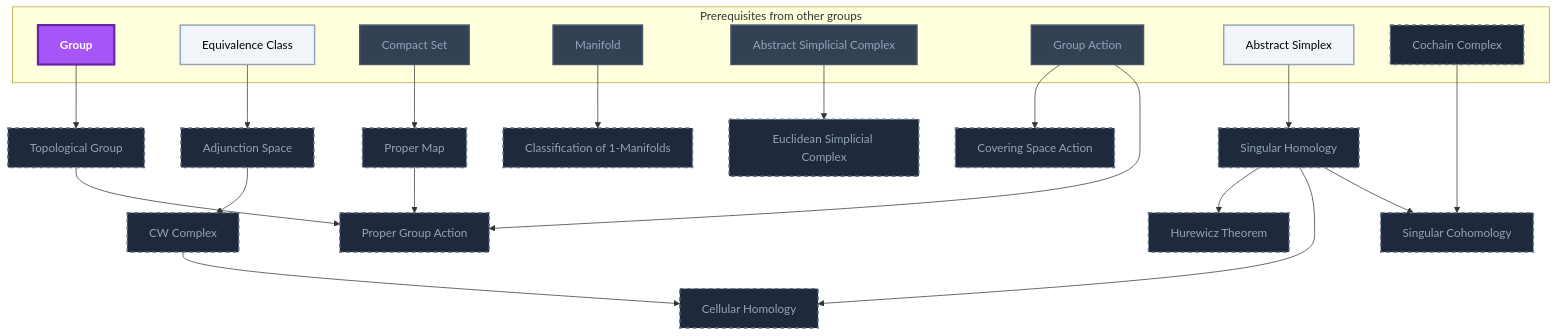
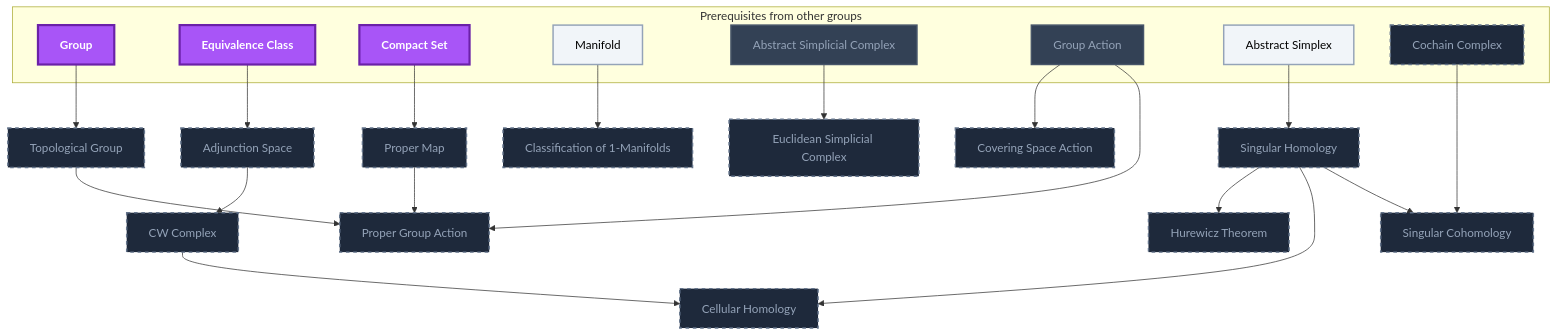
Before and after one commit to MRauf1/My-Notes: diagram 19 of 21 in Gamification/Skill Trees/Differential Geometry.md, drawn with Mermaid. The commit also changed other lines of this file and 145 other files, not shown here.

````diff
--- a/Gamification/Skill Trees/Differential Geometry.md
+++ b/Gamification/Skill Trees/Differential Geometry.md
@@ -1242,55 +1260,55 @@
 ```mermaid
 flowchart TD
     classDef planned fill:#1E293B,stroke:#64748B,stroke-width:2px,stroke-dasharray:5 5,color:#94A3B8;
     classDef locked fill:#334155,stroke:#475569,stroke-width:2px,color:#94A3B8;
     classDef L0 fill:#F1F5F9,stroke:#94A3B8,stroke-width:2px,color:#000000;
     classDef L1 fill:#22C55E,stroke:#15803D,stroke-width:2px,color:#000000;
     classDef L2 fill:#3B82F6,stroke:#1D4ED8,stroke-width:3px,color:#FFFFFF;
     classDef L3 fill:#A855F7,stroke:#6B21A8,stroke-width:3px,color:#FFFFFF,font-weight:bold;
     classDef L4 fill:#F97316,stroke:#C2410C,stroke-width:4px,color:#000000,font-weight:bold;
     classDef L5 fill:#FFD700,stroke:#FF8C00,stroke-width:5px,color:#000000,font-weight:bold;
     classDef rusty stroke:#8B4513,stroke-width:4px,stroke-dasharray:3 3;
     subgraph sg_prereqs["Prerequisites from other groups"]
         n_group["Group"]
         n_equivalence_class["Equivalence Class"]
         n_compact_set["Compact Set"]
         n_manifold["Manifold"]
         n_abstract_simplicial_complex["Abstract Simplicial Complex"]
         n_group_action["Group Action"]
         n_abstract_simplex["Abstract Simplex"]
         n_cochain_complex["Cochain Complex"]
     end
     n_adjunction_space["Adjunction Space"]
     n_topological_group["Topological Group"]
     n_proper_map["Proper Map"]
     n_cw_complex["CW Complex"]
     n_classification_of_1_manifolds["Classification of 1-Manifolds"]
     n_euclidean_simplicial_complex["Euclidean Simplicial Complex"]
     n_covering_space_action["Covering Space Action"]
     n_proper_group_action["Proper Group Action"]
     n_singular_homology["Singular Homology"]
     n_hurewicz_theorem["Hurewicz Theorem"]
     n_cellular_homology["Cellular Homology"]
     n_singular_cohomology["Singular Cohomology"]
     n_group --> n_topological_group
     n_equivalence_class --> n_adjunction_space
     n_compact_set --> n_proper_map
     n_adjunction_space --> n_cw_complex
     n_manifold --> n_classification_of_1_manifolds
     n_abstract_simplicial_complex --> n_euclidean_simplicial_complex
     n_group_action --> n_covering_space_action
     n_group_action --> n_proper_group_action
     n_proper_map --> n_proper_group_action
     n_topological_group --> n_proper_group_action
     n_abstract_simplex --> n_singular_homology
     n_singular_homology --> n_hurewicz_theorem
     n_singular_homology --> n_cellular_homology
     n_cw_complex --> n_cellular_homology
     n_singular_homology --> n_singular_cohomology
     n_cochain_complex --> n_singular_cohomology
     class n_cochain_complex,n_adjunction_space,n_topological_group,n_proper_map,n_cw_complex,n_classification_of_1_manifolds,n_euclidean_simplicial_complex,n_covering_space_action,n_proper_group_action,n_singular_homology,n_hurewicz_theorem,n_cellular_homology,n_singular_cohomology planned;
-    class n_compact_set,n_manifold,n_abstract_simplicial_complex,n_group_action locked;
-    class n_equivalence_class,n_abstract_simplex L0;
-    class n_group L3;
+    class n_abstract_simplicial_complex,n_group_action locked;
+    class n_manifold,n_abstract_simplex L0;
+    class n_group,n_equivalence_class,n_compact_set L3;
     class n_group,n_equivalence_class,n_compact_set,n_manifold,n_abstract_simplicial_complex,n_group_action,n_abstract_simplex internal-link;
 ```
````
